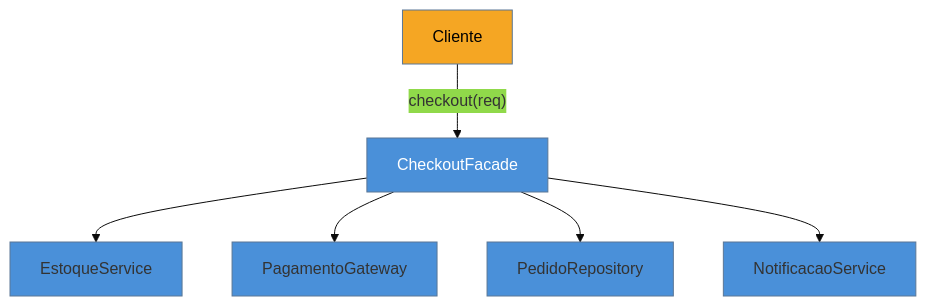
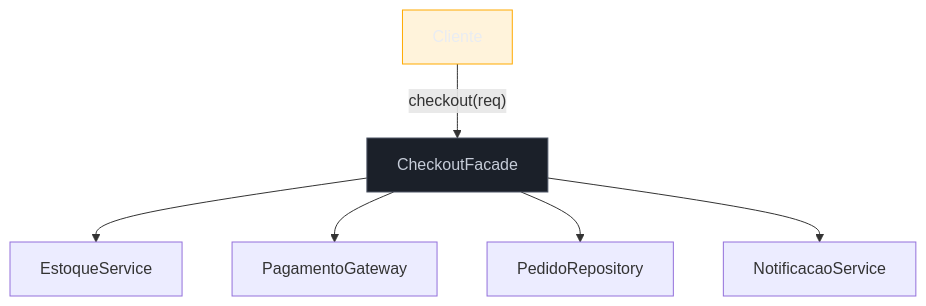
One commit to josenaldo/codex-technomanticus changed the diagram in 03-Dominios/Engenharia/Design de Software/Padrões de Projeto/Clássicos (GoF)/09 - Facade.md. Above: the diagram before and after it, drawn with Mermaid. The commit also changed 1181 other files, not shown here.

First line of the commit message:
fix(diagramas): paleta do sistema no lugar de cor cravada no markdown

````diff
--- a/03-Dominios/Engenharia/Design de Software/Padrões de Projeto/Clássicos (GoF)/09 - Facade.md
+++ b/03-Dominios/Engenharia/Design de Software/Padrões de Projeto/Clássicos (GoF)/09 - Facade.md
@@ -36,12 +36,13 @@
 ```mermaid
-%%{init: {"theme": "base", "themeVariables": {"primaryColor": "#4A90D9"}}}%%
 graph TD
+    classDef neutro fill:#1B2029,stroke:#4E5666,color:#C6CCD8
+    classDef destaque fill:#FFAA0024,stroke:#FFAA00,color:#E9ECF2
     Cliente -->|"checkout(req)"| F[CheckoutFacade]
     F --> E[EstoqueService]
     F --> P[PagamentoGateway]
     F --> O[PedidoRepository]
     F --> N[NotificacaoService]
 
-    style F fill:#4A90D9,color:#fff
-    style Cliente fill:#F5A623,color:#000
+    class F neutro
+    class Cliente destaque
 ```
````
